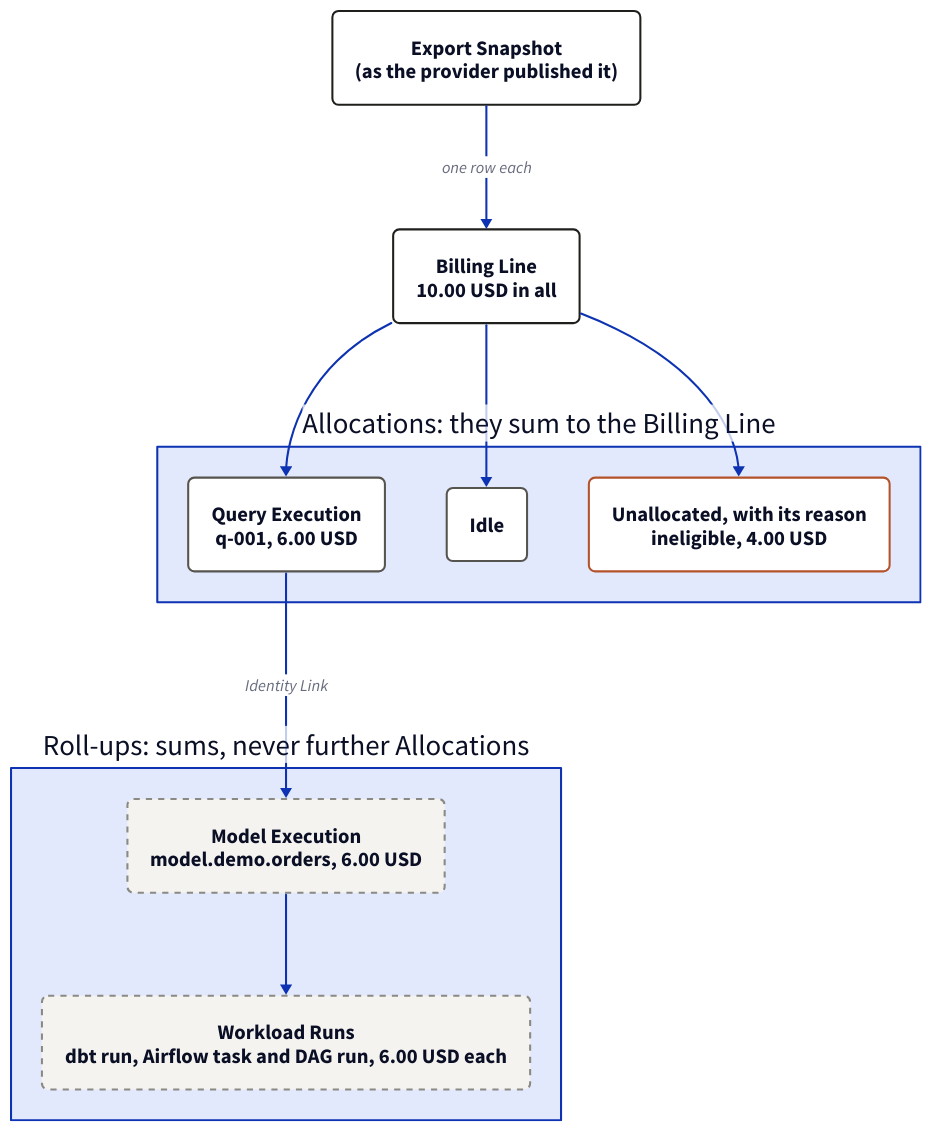
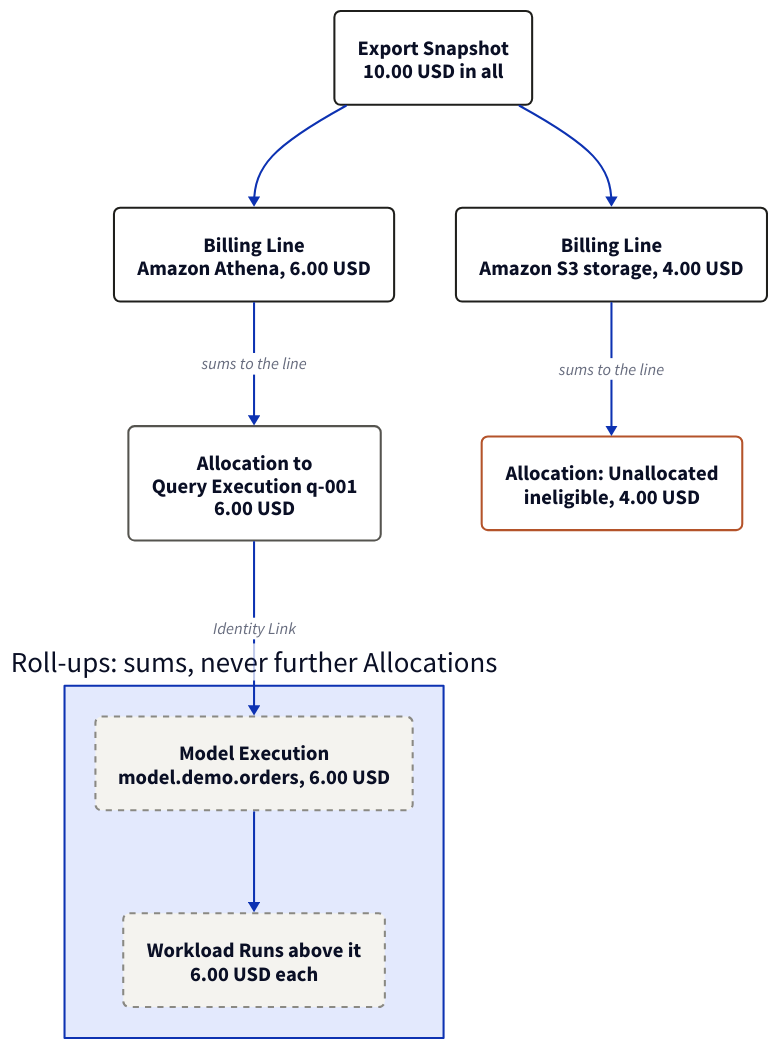
The diagram in docs/architecture/bill-to-roll-ups.d2 (apmalong/data-finops), drawn with D2 before and after one commit. The commit also changed 9 other files, not shown here.

First line of the commit message:
Review fixes: true bill diagram, exact policy rules, glossary links

```diff
--- a/docs/architecture/bill-to-roll-ups.d2
+++ b/docs/architecture/bill-to-roll-ups.d2
@@ -1,31 +1,30 @@
-# The bill is authoritative: every Billing Line is split into Allocations that sum to it,
+# The bill is authoritative: each Billing Line is split into Allocations that sum to it,
 # and everything above a Query Execution is a Roll-up (ADR 0003, ADR 0016).
+# The tutorial's bill: two Billing Lines, 10.00 USD in all.
 # Render: d2 --layout elk docs/architecture/bill-to-roll-ups.d2 site/assets/explanation/bill-to-roll-ups.svg
 direction: down
 
 classes: {
   bill: {style: {fill: "#ffffff"; stroke: "#1f1f1c"; border-radius: 6; font-size: 20}}
   target: {style: {fill: "#ffffff"; stroke: "#55544f"; border-radius: 6; font-size: 20}}
   attention: {style: {fill: "#ffffff"; stroke: "#b4532a"; border-radius: 6; font-size: 20}}
   rollup: {style: {fill: "#f4f3ef"; stroke: "#8a8983"; stroke-dash: 3; border-radius: 6; font-size: 20}}
 }
 
-snapshot: "Export Snapshot\n(as the provider published it)" {class: bill}
-line: "Billing Line\n10.00 USD in all" {class: bill}
-snapshot -> line: "one row each"
+snapshot: "Export Snapshot\n10.00 USD in all" {class: bill}
+athena: "Billing Line\nAmazon Athena, 6.00 USD" {class: bill}
+s3: "Billing Line\nAmazon S3 storage, 4.00 USD" {class: bill}
+snapshot -> athena
+snapshot -> s3
 
-allocations: "Allocations: they sum to the Billing Line" {
-  qe: "Query Execution\nq-001, 6.00 USD" {class: target}
-  idle: "Idle" {class: target}
-  unallocated: "Unallocated, with its reason\nineligible, 4.00 USD" {class: attention}
-}
-line -> allocations.qe
-line -> allocations.idle
-line -> allocations.unallocated
+qe: "Allocation to\nQuery Execution q-001\n6.00 USD" {class: target}
+unallocated: "Allocation: Unallocated\nineligible, 4.00 USD" {class: attention}
+athena -> qe: "sums to the line"
+s3 -> unallocated: "sums to the line"
 
 rollups: "Roll-ups: sums, never further Allocations" {
   model: "Model Execution\nmodel.demo.orders, 6.00 USD" {class: rollup}
-  run: "Workload Runs\ndbt run, Airflow task and DAG run, 6.00 USD each" {class: rollup}
+  run: "Workload Runs above it\n6.00 USD each" {class: rollup}
 }
-allocations.qe -> rollups.model: "Identity Link"
+qe -> rollups.model: "Identity Link"
 rollups.model -> rollups.run
```
